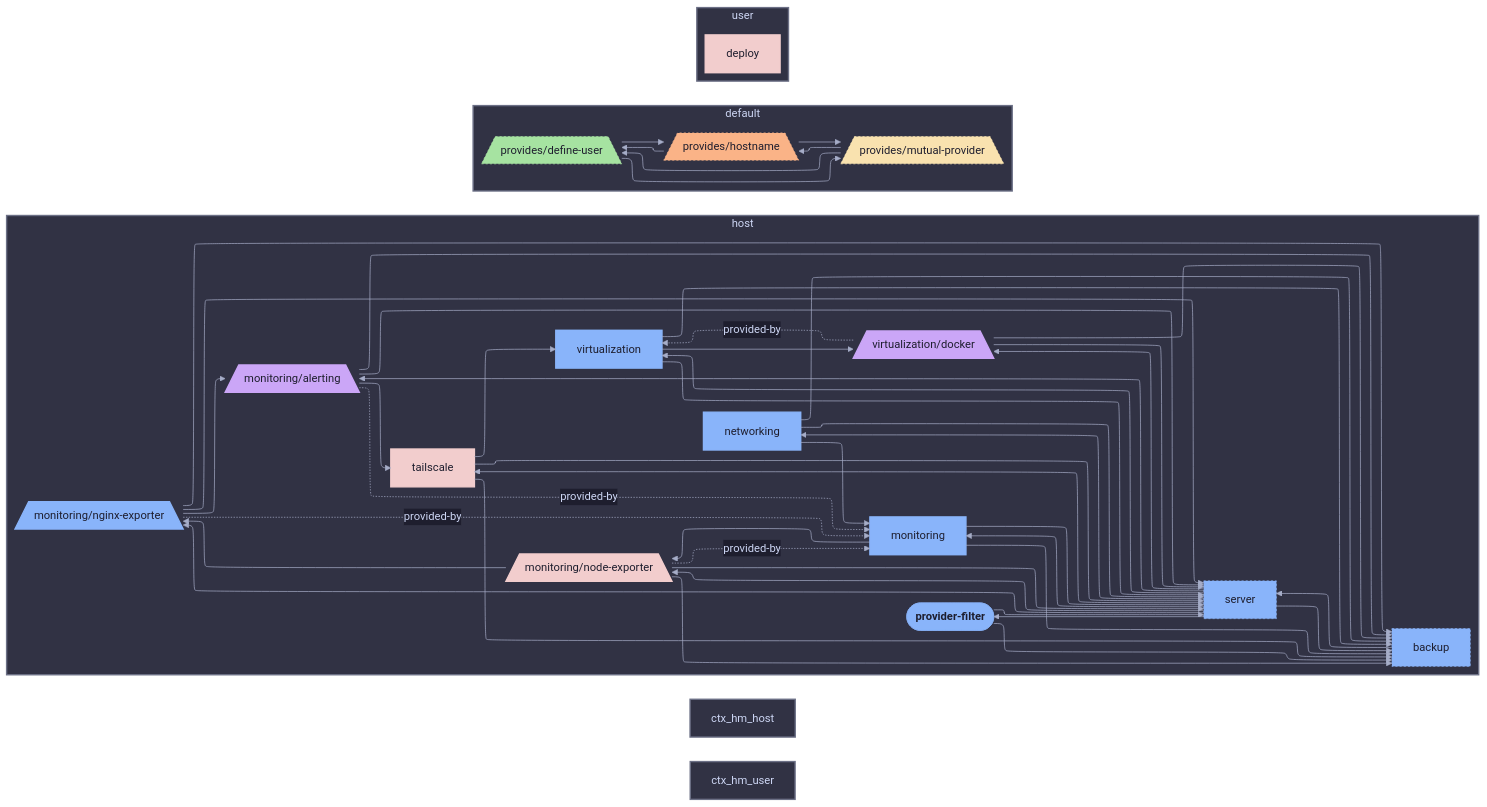
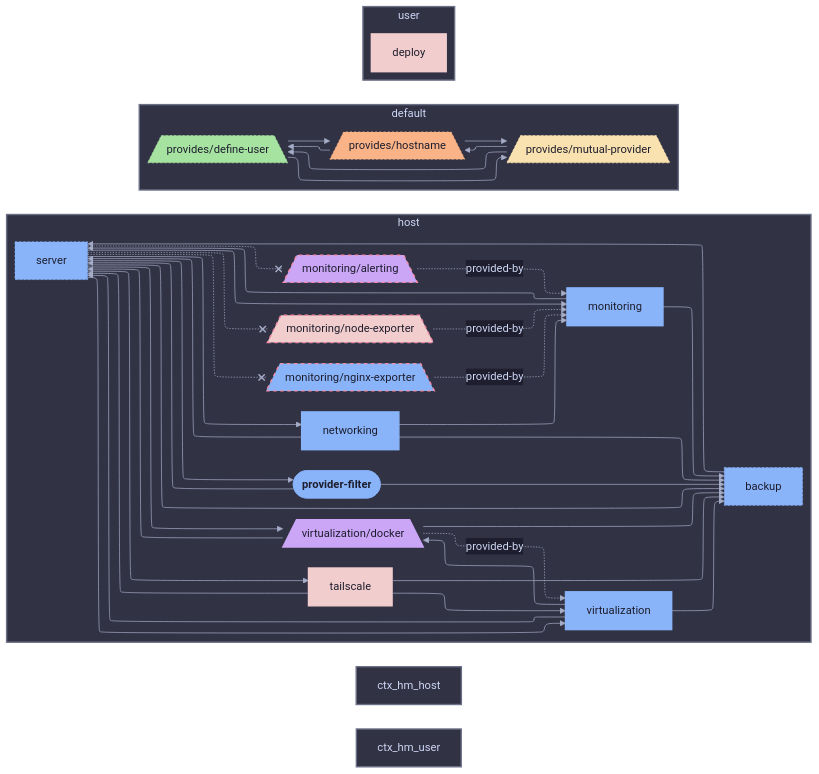
One commit to sini/den changed the diagram in templates/diag-fx-demo/diagrams/provider-filter-has-aspect-hm.md. Above: the diagram before and after it, drawn with Mermaid. The commit also changed 526 other files, not shown here.

Commit message:
chore: update fx diagrams

```diff
--- a/templates/diag-fx-demo/diagrams/provider-filter-has-aspect-hm.md
+++ b/templates/diag-fx-demo/diagrams/provider-filter-has-aspect-hm.md
@@ -20,9 +20,6 @@
   virtualization["virtualization"]:::virtualization_c
   backup --> server
   monitoring --> backup
-  monitoring__alerting --> backup
-  monitoring__nginx_exporter --> backup
-  monitoring__node_exporter --> backup
   networking --> backup
   provider_filter --> backup
   server --> backup
@@ -30,25 +27,18 @@
   virtualization --> backup
   virtualization__docker --> backup
   monitoring --> server
-  monitoring__alerting --> server
-  monitoring__nginx_exporter --> server
-  monitoring__node_exporter --> server
   networking --> server
   provider_filter --> server
   tailscale --> server
   virtualization --> server
   virtualization__docker --> server
-  monitoring --> monitoring__node_exporter
-  monitoring__alerting --> tailscale
-  monitoring__nginx_exporter --> monitoring__alerting
-  monitoring__node_exporter --> monitoring__nginx_exporter
   networking --> monitoring
-  server --> monitoring__alerting
+  server -.-x monitoring__alerting
   server --> virtualization__docker
   server --> monitoring
   server --> networking
-  server --> monitoring__nginx_exporter
-  server --> monitoring__node_exporter
+  server -.-x monitoring__nginx_exporter
+  server -.-x monitoring__node_exporter
   server --> provider_filter
   server --> tailscale
   server --> virtualization
@@ -77,7 +67,7 @@
 
 
   classDef root fill:#89b4fa,stroke:#89b4fa,color:#1e1e2e,font-weight:bold
-  classDef monitoring__alerting_c fill:#cba6f7,stroke:#cba6f7,color:#1e1e2e,stroke-width:2px
+  classDef monitoring__alerting_c fill:#cba6f7,stroke:#f38ba8,color:#1e1e2e,stroke-dasharray: 5 5,stroke-width:2px
   classDef backup_c fill:#89b4fa,stroke:#89b4fa,color:#1e1e2e,stroke-dasharray: 3 3,stroke-width:1px
   classDef den__provides__define_user_c fill:#a6e3a1,stroke:#a6e3a1,color:#1e1e2e,stroke-dasharray: 3 3,stroke-width:1px
   classDef deploy_c fill:#f2cdcd,stroke:#f2cdcd,color:#1e1e2e,stroke-width:2px
@@ -86,8 +76,8 @@
   classDef monitoring_c fill:#89b4fa,stroke:#89b4fa,color:#1e1e2e,stroke-width:2px
   classDef den__provides__mutual_provider_c fill:#f9e2af,stroke:#f9e2af,color:#1e1e2e,stroke-dasharray: 3 3,stroke-width:1px
   classDef networking_c fill:#89b4fa,stroke:#89b4fa,color:#1e1e2e,stroke-width:2px
-  classDef monitoring__nginx_exporter_c fill:#89b4fa,stroke:#89b4fa,color:#1e1e2e,stroke-width:2px
-  classDef monitoring__node_exporter_c fill:#f2cdcd,stroke:#f2cdcd,color:#1e1e2e,stroke-width:2px
+  classDef monitoring__nginx_exporter_c fill:#89b4fa,stroke:#f38ba8,color:#1e1e2e,stroke-dasharray: 5 5,stroke-width:2px
+  classDef monitoring__node_exporter_c fill:#f2cdcd,stroke:#f38ba8,color:#1e1e2e,stroke-dasharray: 5 5,stroke-width:2px
   classDef provider_filter_c fill:#89b4fa,stroke:#89b4fa,color:#1e1e2e,stroke-width:3px
   classDef server_c fill:#89b4fa,stroke:#89b4fa,color:#1e1e2e,stroke-dasharray: 3 3,stroke-width:1px
   classDef tailscale_c fill:#f2cdcd,stroke:#f2cdcd,color:#1e1e2e,stroke-width:2px
```
